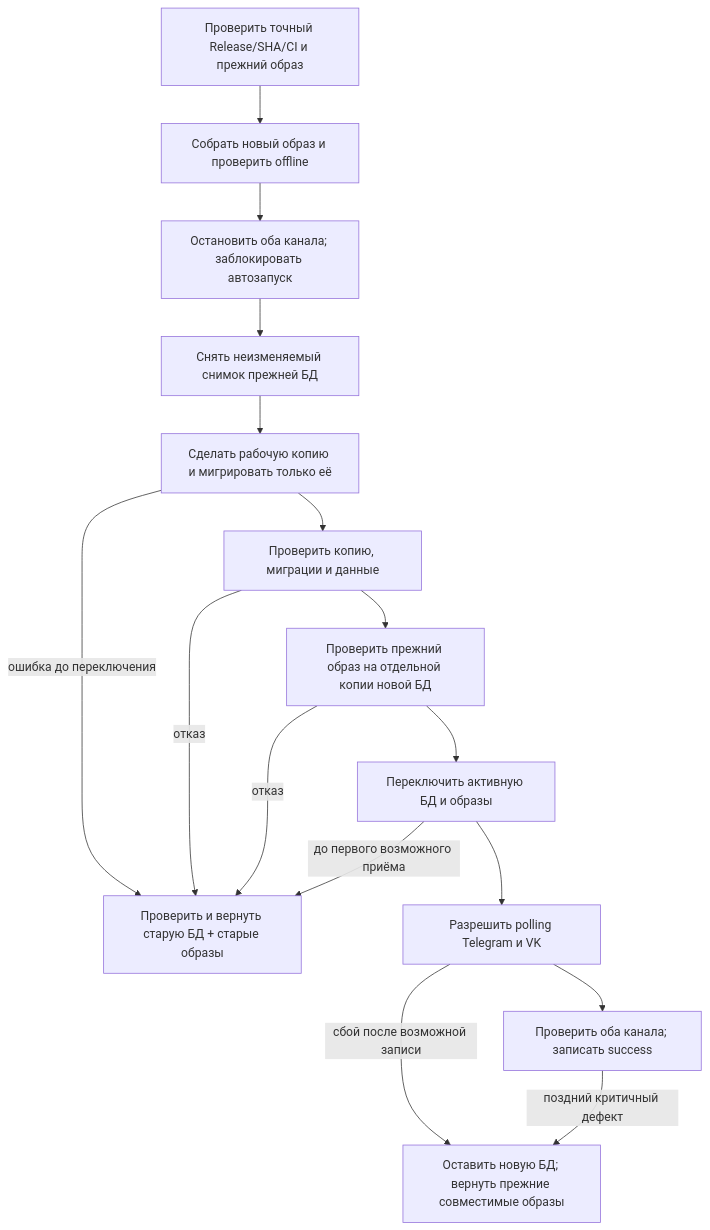
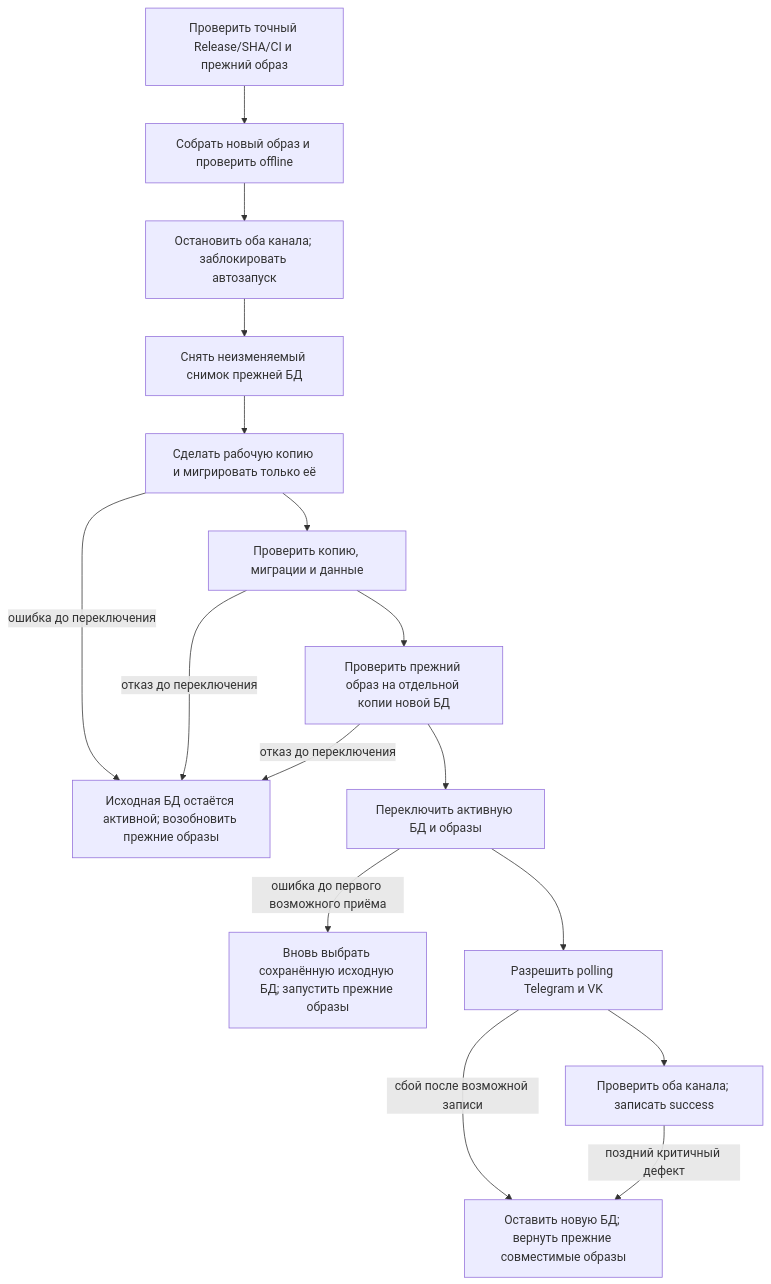
Before and after one commit to karateka-git/compadre-assistant: the third of 3 diagrams in docs/ci-release-review/PLAN.md, drawn with Mermaid. The commit also changed other lines of this file, not shown here.

Commit message:
Уточнить возврат к исходной БД в плане выпуска

````diff
--- a/docs/ci-release-review/PLAN.md
+++ b/docs/ci-release-review/PLAN.md
@@ -103,18 +103,18 @@
 ```mermaid
 flowchart TD
     A[Проверить точный Release/SHA/CI и прежний образ] --> B[Собрать новый образ и проверить offline]
     B --> C[Остановить оба канала; заблокировать автозапуск]
     C --> D[Снять неизменяемый снимок прежней БД]
     D --> E[Сделать рабочую копию и мигрировать только её]
-    E -->|ошибка до переключения| OLD[Проверить и вернуть старую БД + старые образы]
+    E -->|ошибка до переключения| OLD["Исходная БД остаётся активной; возобновить прежние образы"]
     E --> F[Проверить копию, миграции и данные]
-    F -->|отказ| OLD
+    F -->|отказ до переключения| OLD
     F --> G[Проверить прежний образ на отдельной копии новой БД]
-    G -->|отказ| OLD
+    G -->|отказ до переключения| OLD
     G --> H[Переключить активную БД и образы]
-    H -->|до первого возможного приёма| OLD
+    H -->|ошибка до первого возможного приёма| SWITCHBACK["Вновь выбрать сохранённую исходную БД; запустить прежние образы"]
     H --> I[Разрешить polling Telegram и VK]
     I --> J[Проверить оба канала; записать success]
     I -->|сбой после возможной записи| PREV[Оставить новую БД; вернуть прежние совместимые образы]
     J -->|поздний критичный дефект| PREV
 ```
````
